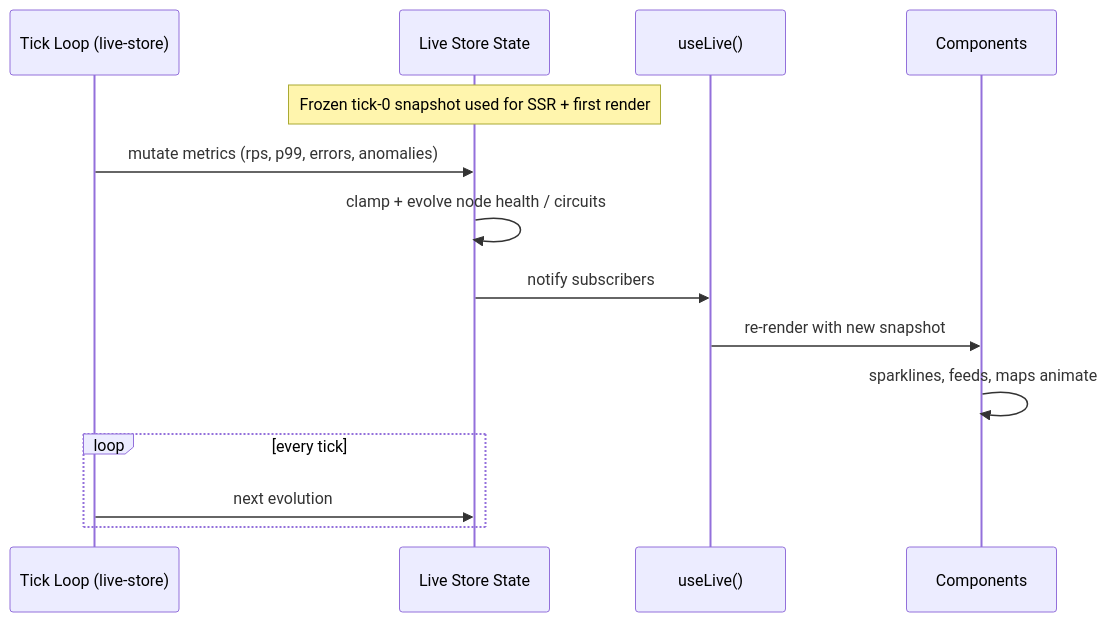
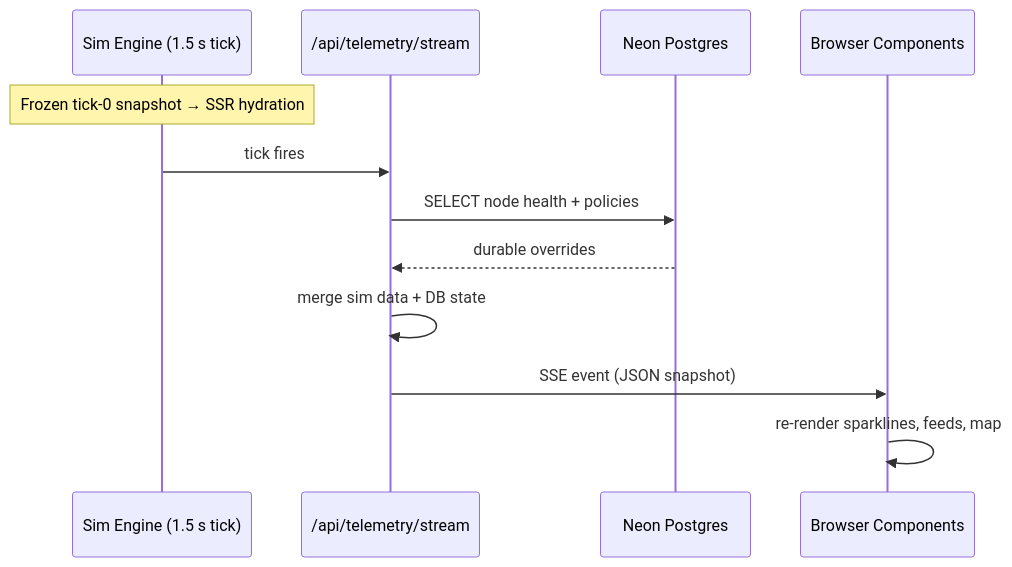
One commit to BugHunterX2101/SentinalGateway changed the second of 2 diagrams in README.md. Above: the diagram before and after it, drawn with Mermaid. The commit also changed other lines of this file and 1 other file, not shown here.

Commit message:
feat: enhance README with live demo and tech stack details

````diff
--- a/README.md
+++ b/README.md
@@ -103,17 +157,15 @@
 ```mermaid
 sequenceDiagram
-    participant Timer as Tick Loop (live-store)
-    participant Store as Live Store State
-    participant Hook as useLive()
-    participant UI as Components
+    participant Sim as Sim Engine (1.5 s tick)
+    participant SSE as /api/telemetry/stream
+    participant DB as Neon Postgres
+    participant UI as Browser Components
 
-    Note over Store: Frozen tick-0 snapshot used for SSR + first render
-    Timer->>Store: mutate metrics (rps, p99, errors, anomalies)
-    Store->>Store: clamp + evolve node health / circuits
-    Store->>Hook: notify subscribers
-    Hook->>UI: re-render with new snapshot
-    UI->>UI: sparklines, feeds, maps animate
-    loop every tick
-        Timer->>Store: next evolution
-    end
+    Note over Sim: Frozen tick-0 snapshot → SSR hydration
+    Sim->>SSE: tick fires
+    SSE->>DB: SELECT node health + policies
+    DB-->>SSE: durable overrides
+    SSE->>SSE: merge sim data + DB state
+    SSE->>UI: SSE event (JSON snapshot)
+    UI->>UI: re-render sparklines, feeds, map
 ```
````
